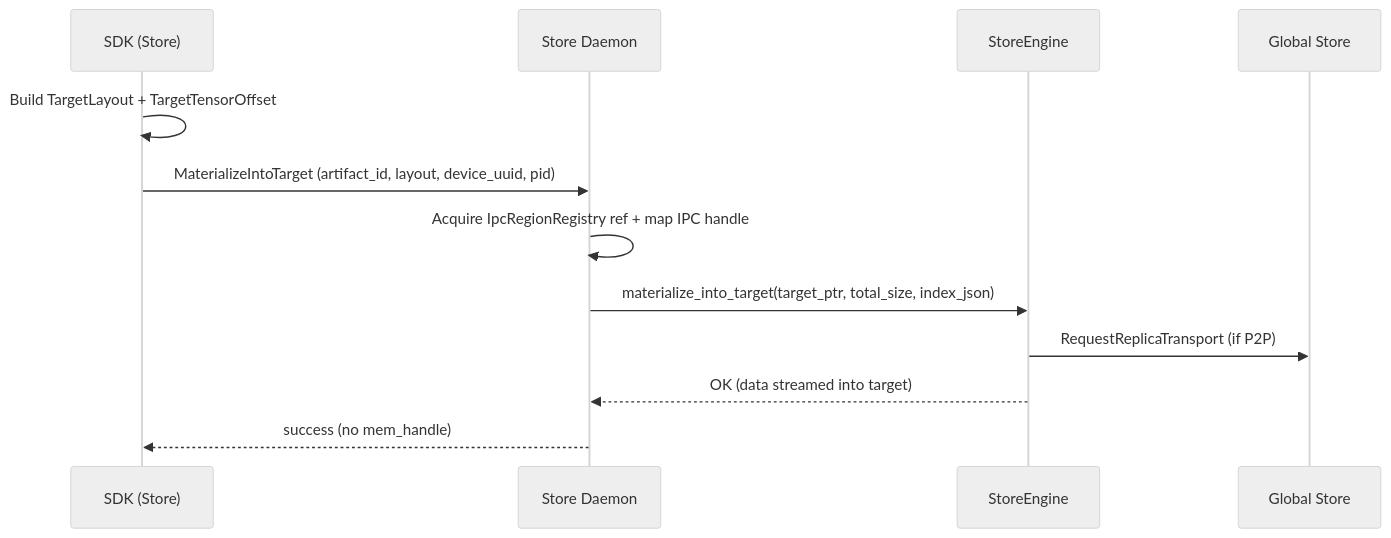
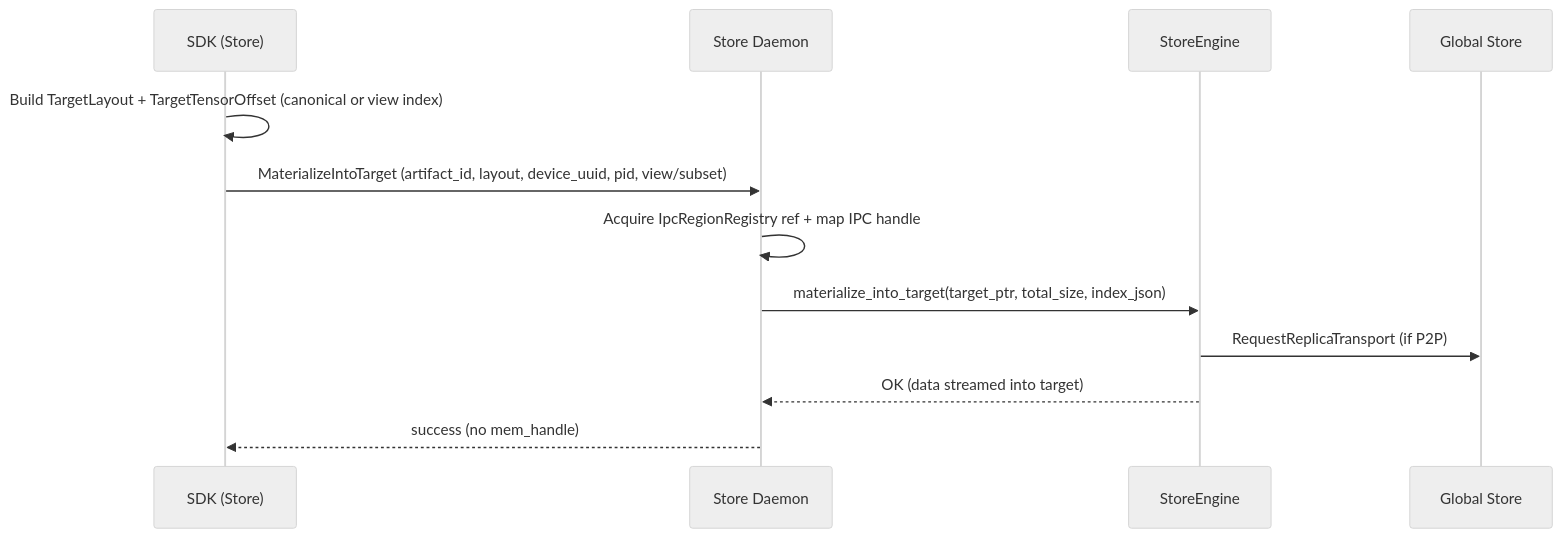
One commit to tensorcast-ai/tensorcast changed the second of 2 diagrams in docs/internals/tensor_dict_into_dataflow.md. Above: the diagram before and after it, drawn with Mermaid (neutral theme). The commit also changed other lines of this file and 51 other files, not shown here.

Commit message:
feat(materialization): add target layout GPU sink and view metadata handling

````diff
--- a/docs/internals/tensor_dict_into_dataflow.md
+++ b/docs/internals/tensor_dict_into_dataflow.md
@@ -47,15 +47,15 @@
 ```mermaid
 sequenceDiagram
   participant SDK as SDK (Store)
   participant Daemon as Store Daemon
   participant Engine as StoreEngine
   participant GS as Global Store
 
-  SDK->>SDK: Build TargetLayout + TargetTensorOffset
-  SDK->>Daemon: MaterializeIntoTarget (artifact_id, layout, device_uuid, pid)
+  SDK->>SDK: Build TargetLayout + TargetTensorOffset (canonical or view index)
+  SDK->>Daemon: MaterializeIntoTarget (artifact_id, layout, device_uuid, pid, view/subset)
   Daemon->>Daemon: Acquire IpcRegionRegistry ref + map IPC handle
   Daemon->>Engine: materialize_into_target(target_ptr, total_size, index_json)
   Engine->>GS: RequestReplicaTransport (if P2P)
   Engine-->>Daemon: OK (data streamed into target)
   Daemon-->>SDK: success (no mem_handle)
 ```
````
